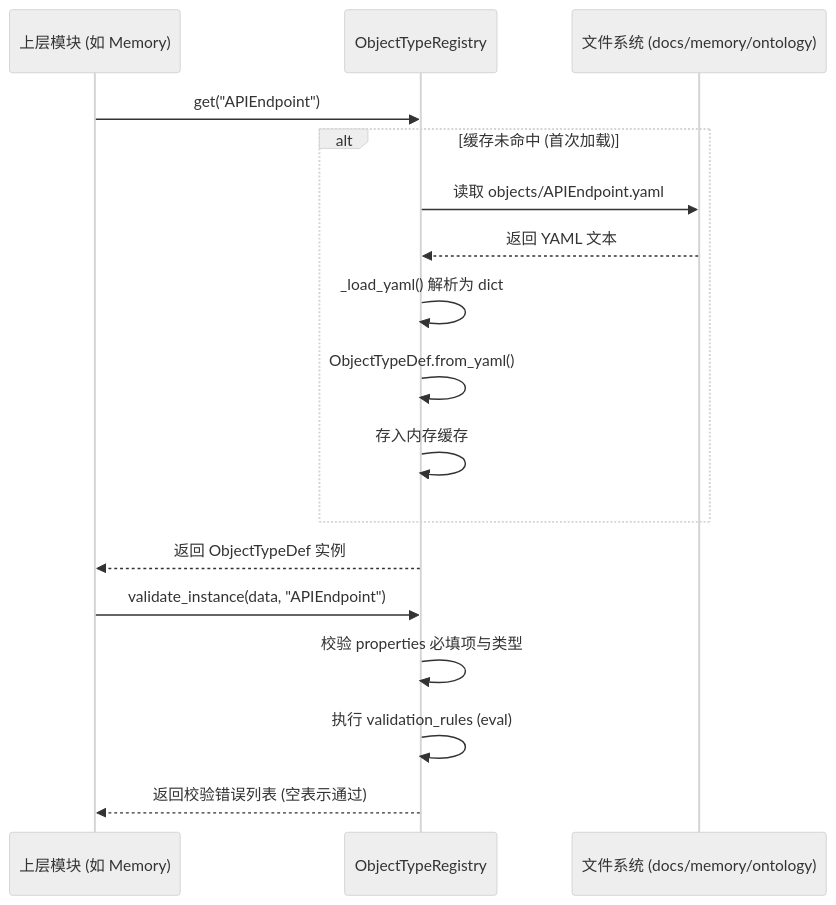
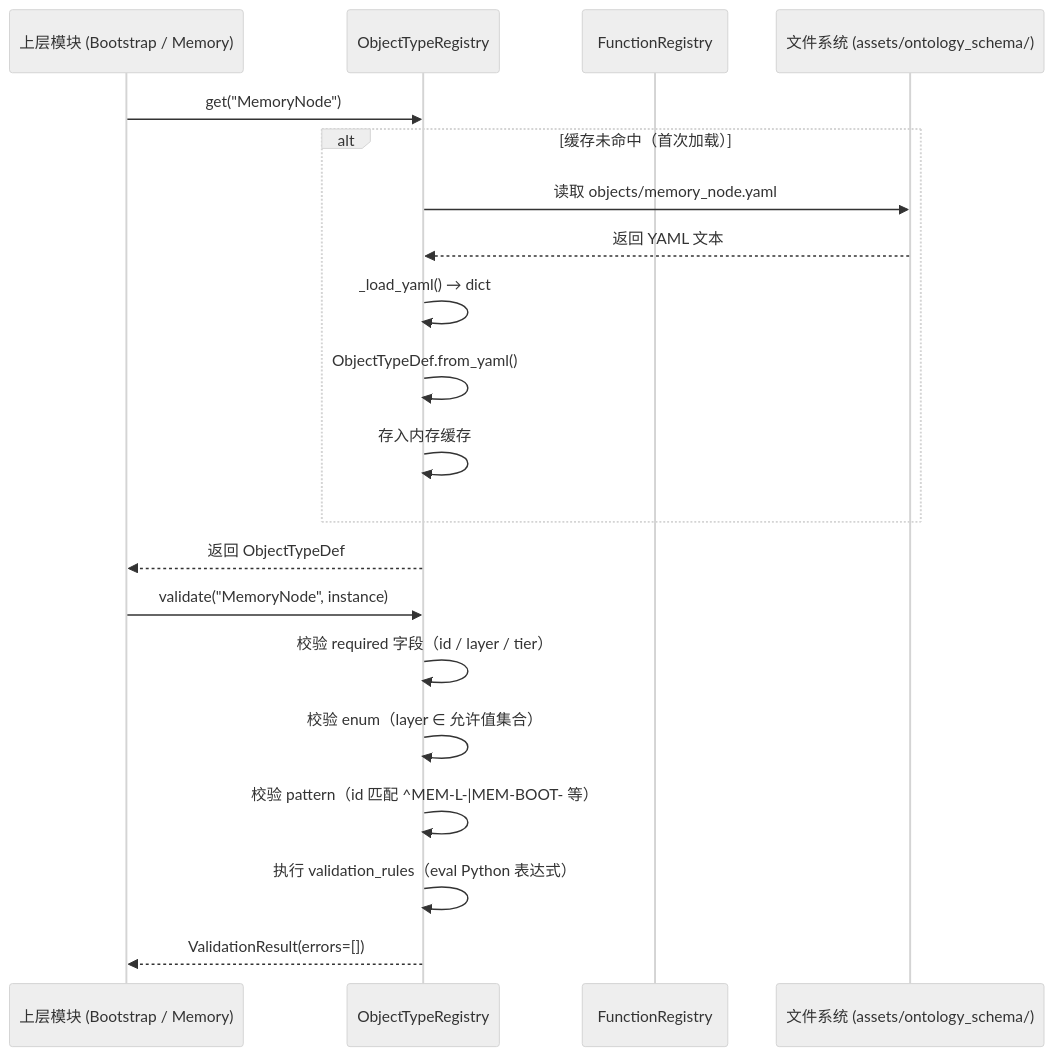
Before and after one commit to allengaoo/mms: the first of 2 diagrams in src/mms/ontology/onto_readme.md, drawn with Mermaid (neutral theme). The commit also changed other lines of this file and 4 other files, not shown here.

````diff
--- a/src/mms/ontology/onto_readme.md
+++ b/src/mms/ontology/onto_readme.md
@@ -30,21 +173,24 @@
 ```mermaid
 sequenceDiagram
-    participant Client as 上层模块 (如 Memory)
-    participant Registry as ObjectTypeRegistry
-    participant FS as 文件系统 (docs/memory/ontology)
+    participant Client as 上层模块 (Bootstrap / Memory)
+    participant ObjReg as ObjectTypeRegistry
+    participant FnReg as FunctionRegistry
+    participant FS as 文件系统 (assets/ontology_schema/)
 
-    Client->>Registry: get("APIEndpoint")
-    alt 缓存未命中 (首次加载)
-        Registry->>FS: 读取 objects/APIEndpoint.yaml
-        FS-->>Registry: 返回 YAML 文本
-        Registry->>Registry: _load_yaml() 解析为 dict
-        Registry->>Registry: ObjectTypeDef.from_yaml()
-        Registry->>Registry: 存入内存缓存
+    Client->>ObjReg: get("MemoryNode")
+    alt 缓存未命中（首次加载）
+        ObjReg->>FS: 读取 objects/memory_node.yaml
+        FS-->>ObjReg: 返回 YAML 文本
+        ObjReg->>ObjReg: _load_yaml() → dict
+        ObjReg->>ObjReg: ObjectTypeDef.from_yaml()
+        ObjReg->>ObjReg: 存入内存缓存
     end
-    Registry-->>Client: 返回 ObjectTypeDef 实例
+    ObjReg-->>Client: 返回 ObjectTypeDef
 
-    Client->>Registry: validate_instance(data, "APIEndpoint")
-    Registry->>Registry: 校验 properties 必填项与类型
-    Registry->>Registry: 执行 validation_rules (eval)
-    Registry-->>Client: 返回校验错误列表 (空表示通过)
+    Client->>ObjReg: validate("MemoryNode", instance)
+    ObjReg->>ObjReg: 校验 required 字段（id / layer / tier）
+    ObjReg->>ObjReg: 校验 enum（layer ∈ 允许值集合）
+    ObjReg->>ObjReg: 校验 pattern（id 匹配 ^MEM-L-|MEM-BOOT- 等）
+    ObjReg->>ObjReg: 执行 validation_rules（eval Python 表达式）
+    ObjReg-->>Client: ValidationResult(errors=[])  # 空列表 = 通过
 ```
````
